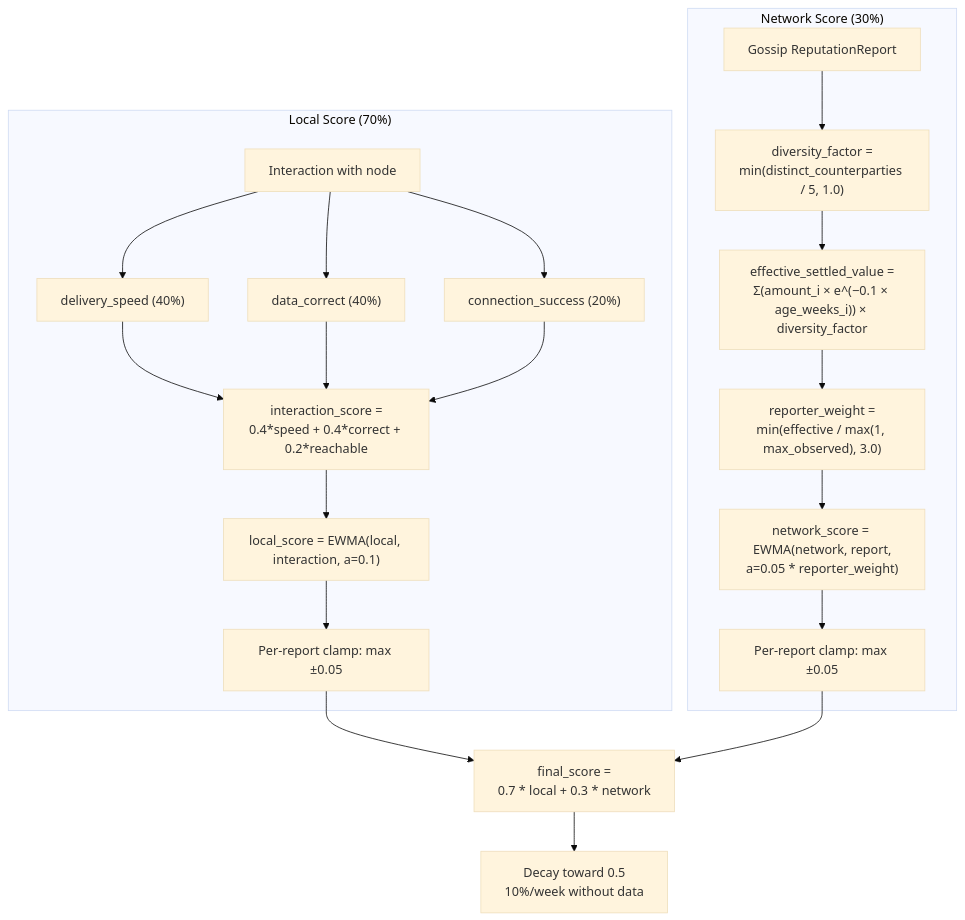
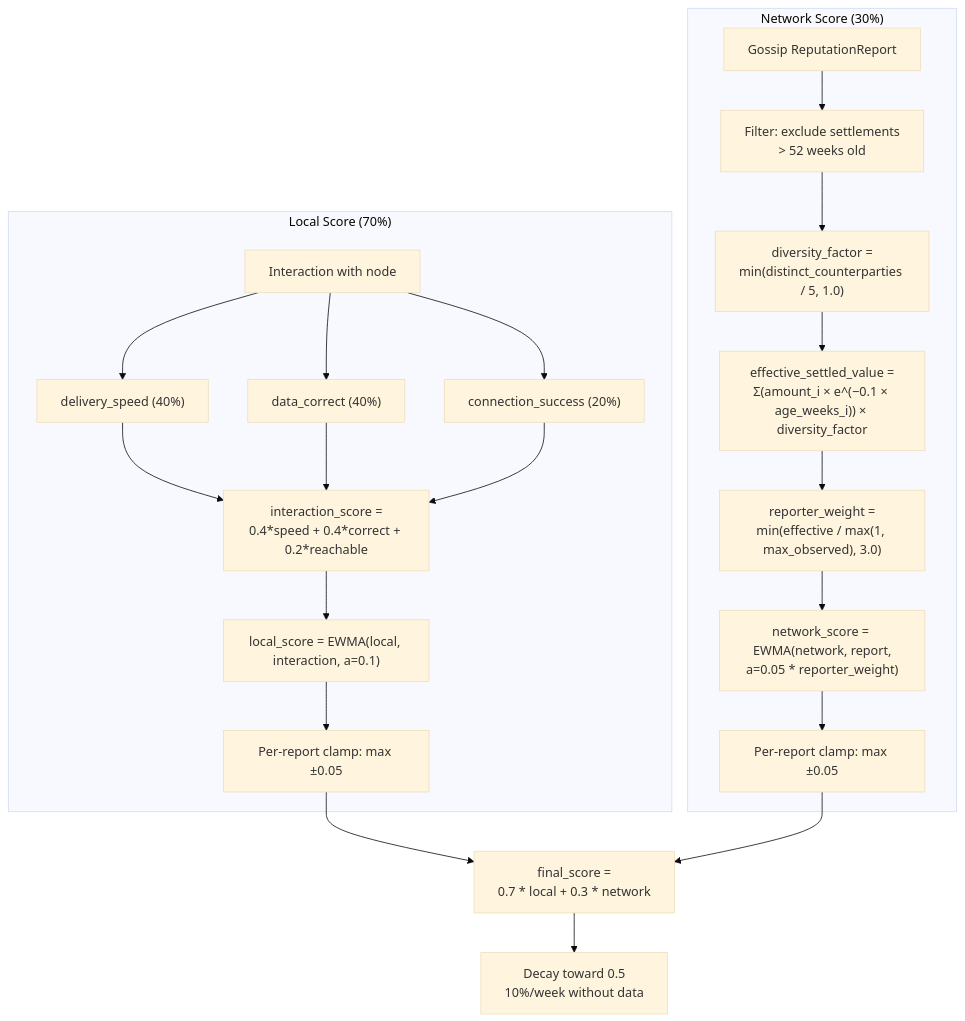
One commit to decdn/decdn changed the first of 2 diagrams in adr/008-reputation.md. Above: the diagram before and after it, drawn with Mermaid (base theme). The commit also changed other lines of this file, not shown here.

````diff
--- a/adr/008-reputation.md
+++ b/adr/008-reputation.md
@@ -123,26 +123,27 @@
 ```mermaid
 flowchart TD
     subgraph Local["Local Score (70%)"]
         I[Interaction with node] --> M1["delivery_speed (40%)"]
         I --> M2["data_correct (40%)"]
         I --> M3["connection_success (20%)"]
         M1 --> IS["interaction_score =<br/>0.4*speed + 0.4*correct + 0.2*reachable"]
         M2 --> IS
         M3 --> IS
         IS --> EWMA1["local_score = EWMA(local, interaction, a=0.1)"]
         EWMA1 --> CLAMP1["Per-report clamp: max ±0.05"]
     end
 
     subgraph Network["Network Score (30%)"]
-        GR[Gossip ReputationReport] --> DC["diversity_factor =<br/>min(distinct_counterparties / 5, 1.0)"]
+        GR[Gossip ReputationReport] --> FILT["Filter: exclude settlements<br/>> 52 weeks old"]
+        FILT --> DC["diversity_factor =<br/>min(distinct_counterparties / 5, 1.0)"]
         DC --> TD["effective_settled_value =<br/>Σ(amount_i × e^(−0.1 × age_weeks_i)) × diversity_factor"]
         TD --> RW["reporter_weight =<br/>min(effective / max(1, max_observed), 3.0)"]
         RW --> EWMA2["network_score = EWMA(network, report,<br/>a=0.05 * reporter_weight)"]
         EWMA2 --> CLAMP2["Per-report clamp: max ±0.05"]
     end
 
     CLAMP1 --> FINAL["final_score =<br/>0.7 * local + 0.3 * network"]
     CLAMP2 --> FINAL
 
     FINAL --> DECAY["Decay toward 0.5<br/>10%/week without data"]
 ```
````
